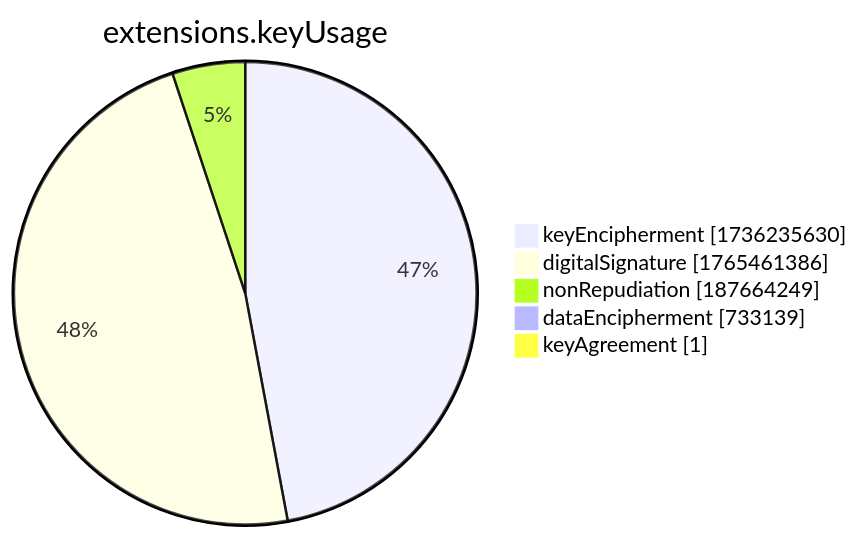
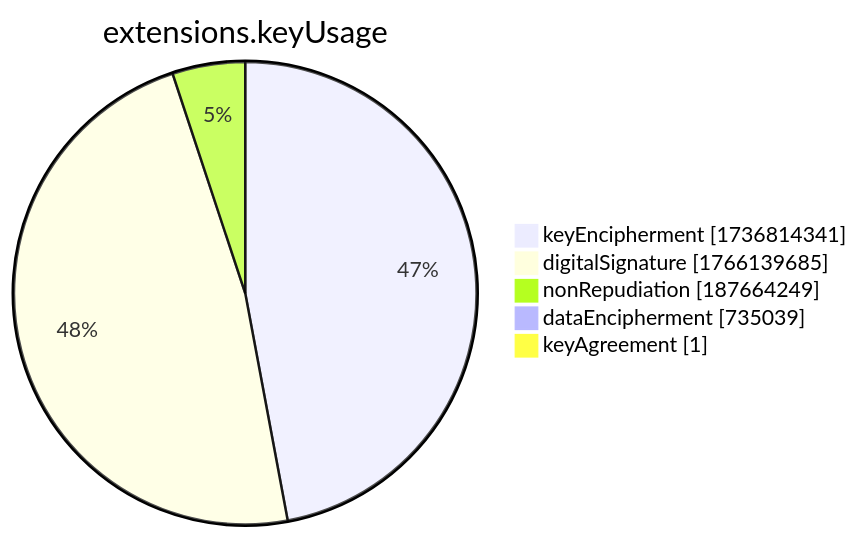
One commit to christiankrug/ctmonitor_visualization changed the seventh of 15 diagrams in xenon2022/README.md. Above: the diagram before and after it, drawn with Mermaid. The commit also changed other lines of this file, not shown here.

````diff
--- a/xenon2022/README.md
+++ b/xenon2022/README.md
@@ -2859,9 +2859,9 @@
 ```mermaid
 pie showData
 title extensions.keyUsage
-"keyEncipherment" :1736235630
-"digitalSignature" :1765461386
+"keyEncipherment" :1736814341
+"digitalSignature" :1766139685
 "nonRepudiation" :187664249
-"dataEncipherment" :733139
+"dataEncipherment" :735039
 "keyAgreement" :1
 ```
````
